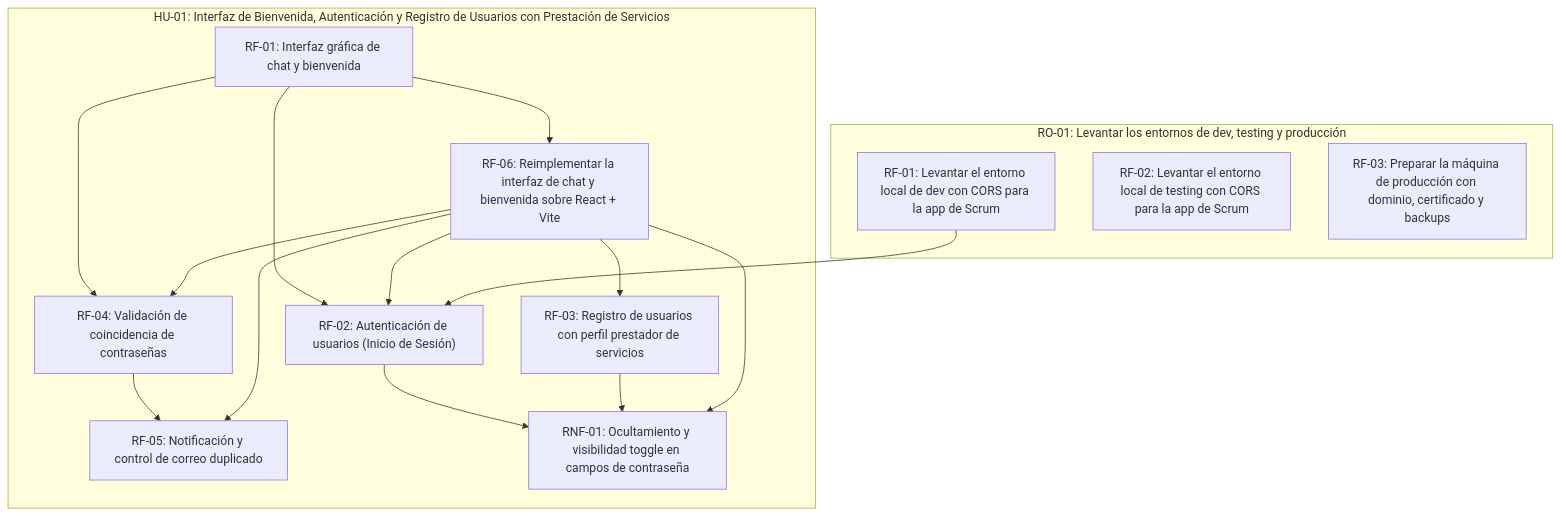
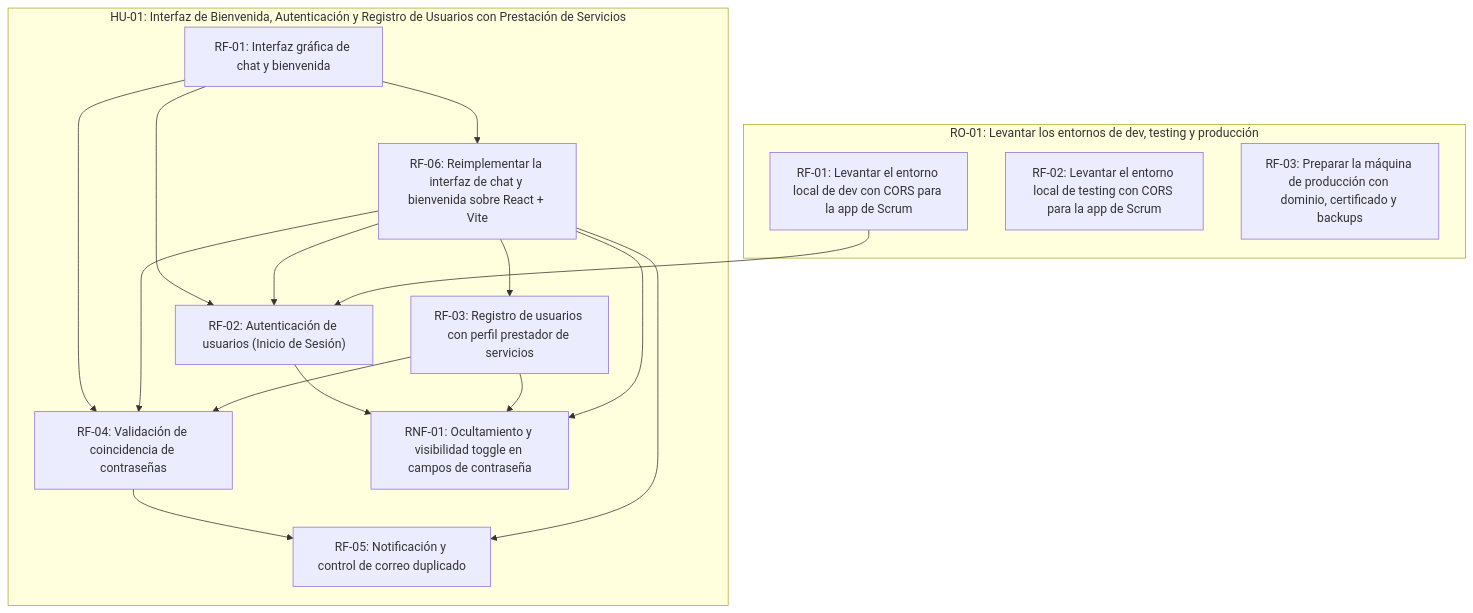
The diagram in scrumDocs/grafo.md (fiemcasals/refactoryProfesionales), drawn with Mermaid before and after one commit. The commit also changed other lines of this file, not shown here.

````diff
--- a/scrumDocs/grafo.md
+++ b/scrumDocs/grafo.md
@@ -5,29 +5,30 @@
 ```mermaid
 graph TD
   subgraph US_1785510643692["HU-01: Interfaz de Bienvenida, Autenticación y Registro de Usuarios con Prestación de Servicios"]
     REQ_1785771199977["RF-01: Interfaz gráfica de chat y bienvenida"]
     REQ_1785771214294["RF-02: Autenticación de usuarios (Inicio de Sesión)"]
     REQ_1785771214393["RF-03: Registro de usuarios con perfil prestador de servicios"]
     REQ_1785771214462["RF-04: Validación de coincidencia de contraseñas"]
     REQ_1785771214528["RF-05: Notificación y control de correo duplicado"]
     REQ_1785771214595["RNF-01: Ocultamiento y visibilidad toggle en campos de contraseña"]
     REQ_1790685849827["RF-06: Reimplementar la interfaz de chat y bienvenida sobre React + Vite"]
   end
   subgraph US_1790688869961["RO-01: Levantar los entornos de dev, testing y producción"]
     REQ_1790688869968["RF-01: Levantar el entorno local de dev con CORS para la app de Scrum"]
     REQ_1790688952068["RF-02: Levantar el entorno local de testing con CORS para la app de Scrum"]
     REQ_1790688965165["RF-03: Preparar la máquina de producción con dominio, certificado y backups"]
   end
   REQ_1785771199977 --> REQ_1785771214294
   REQ_1790685849827 --> REQ_1785771214294
   REQ_1790688869968 --> REQ_1785771214294
   REQ_1790685849827 --> REQ_1785771214393
   REQ_1785771199977 --> REQ_1785771214462
   REQ_1790685849827 --> REQ_1785771214462
+  REQ_1785771214393 --> REQ_1785771214462
   REQ_1785771214462 --> REQ_1785771214528
   REQ_1790685849827 --> REQ_1785771214528
   REQ_1785771214294 --> REQ_1785771214595
   REQ_1785771214393 --> REQ_1785771214595
   REQ_1790685849827 --> REQ_1785771214595
   REQ_1785771199977 --> REQ_1790685849827
 ```
````
